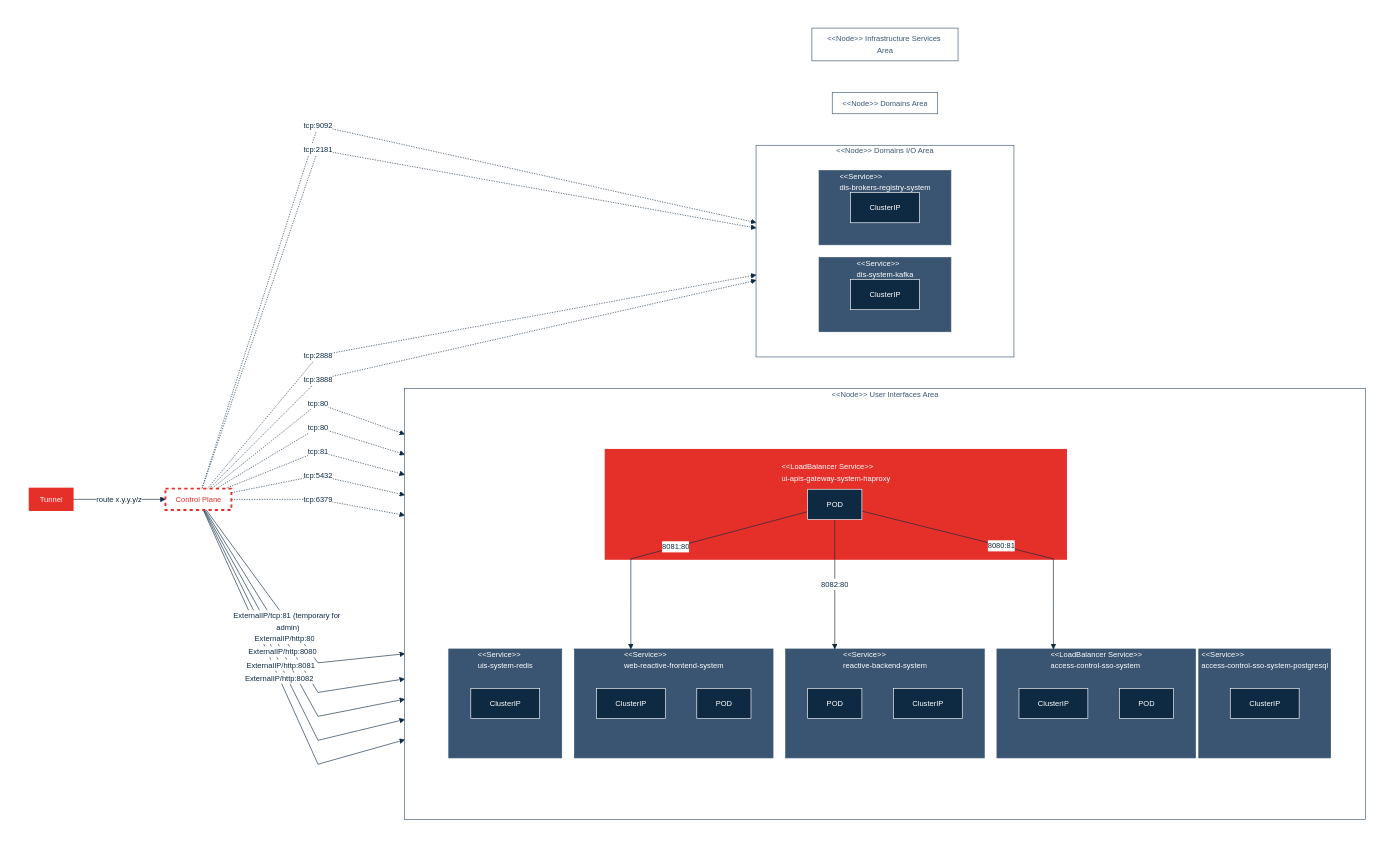
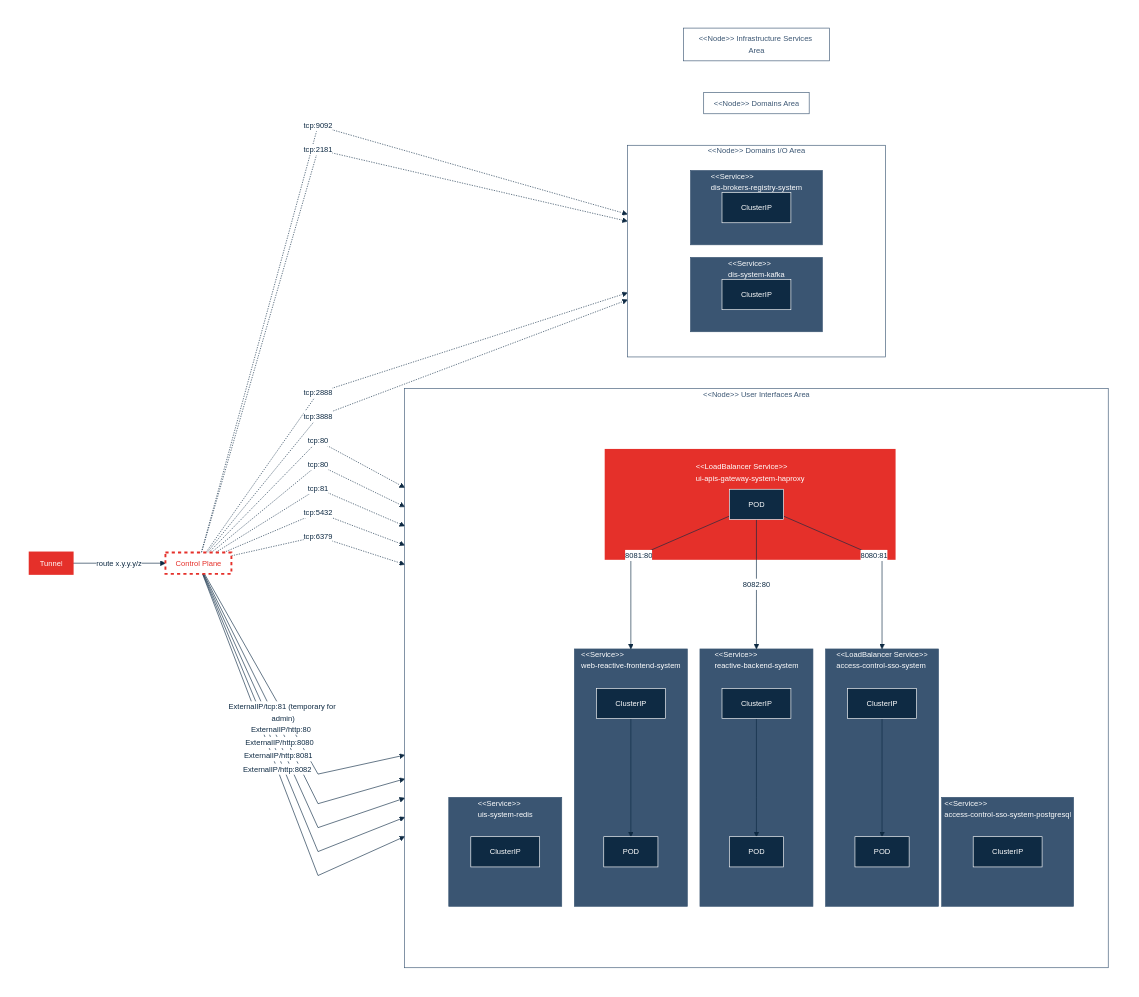
The diagram in implementations-line/systems/README.md (cybnity/foundation), drawn with Mermaid before and after one commit.

```diff
--- a/implementations-line/systems/README.md
+++ b/implementations-line/systems/README.md
@@ -113,16 +113,13 @@
             podproxy1["POD"]
          end
          subgraph service1[" #60;#60;Service#62;#62; \n web-reactive-frontend-system "]
-            clusterip1["ClusterIP"]
-            pod1["POD"]
+            clusterip1["ClusterIP"] --> pod1["POD"]
          end
          subgraph service2[" #32;#60;#60;Service#62;#62; \n reactive-backend-system#32; "]
-            pod2["POD"]
-            clusterip4["ClusterIP"]
+            clusterip4["ClusterIP"] --> pod2["POD"]
          end
          subgraph service3[" #60;#60;LoadBalancer Service#62;#62; \n access-control-sso-system "]
-            clusterip7["ClusterIP"]
-            pod3["POD"]
+            clusterip7["ClusterIP"] --> pod3["POD"]
          end
          subgraph service4[" #60;#60;Service#62;#62; \n access-control-sso-system-postgresql "]
             clusterip2["ClusterIP"]
@@ -159,8 +156,8 @@
   controlplane -. "tcp:80" .-> clusterip4
   podproxy1 -- "8081:80" --> service1
   podproxy1 -- "8082:80" --> service2
+  controlplane -. "tcp:81" .-> clusterip7
   podproxy1 -- "8080:81" --> service3
-  controlplane -. "tcp:81" .-> clusterip7
   controlplane -- "ExternalIP/tcp:81 (temporary for admin)" --> service3
   controlplane -. "tcp:5432" .-> clusterip2
   controlplane -. "tcp:6379" .-> clusterip3
```
